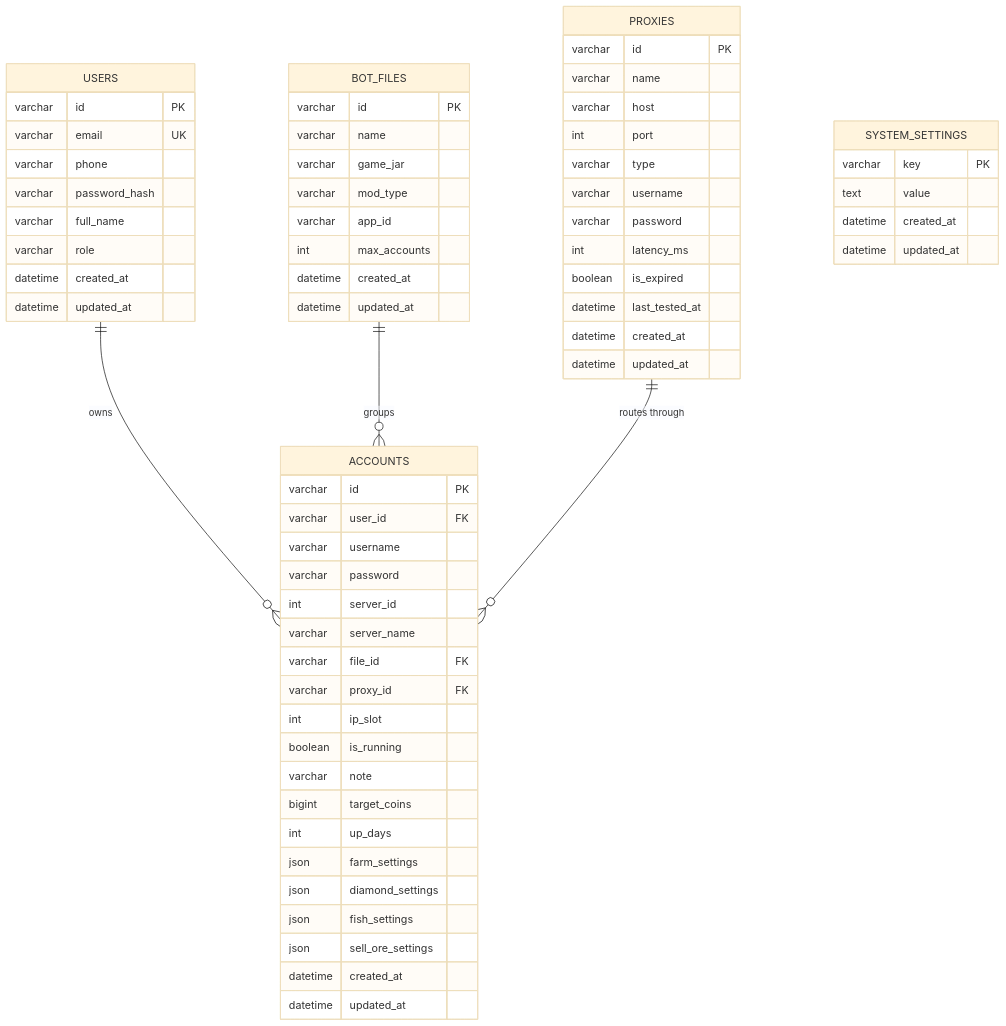
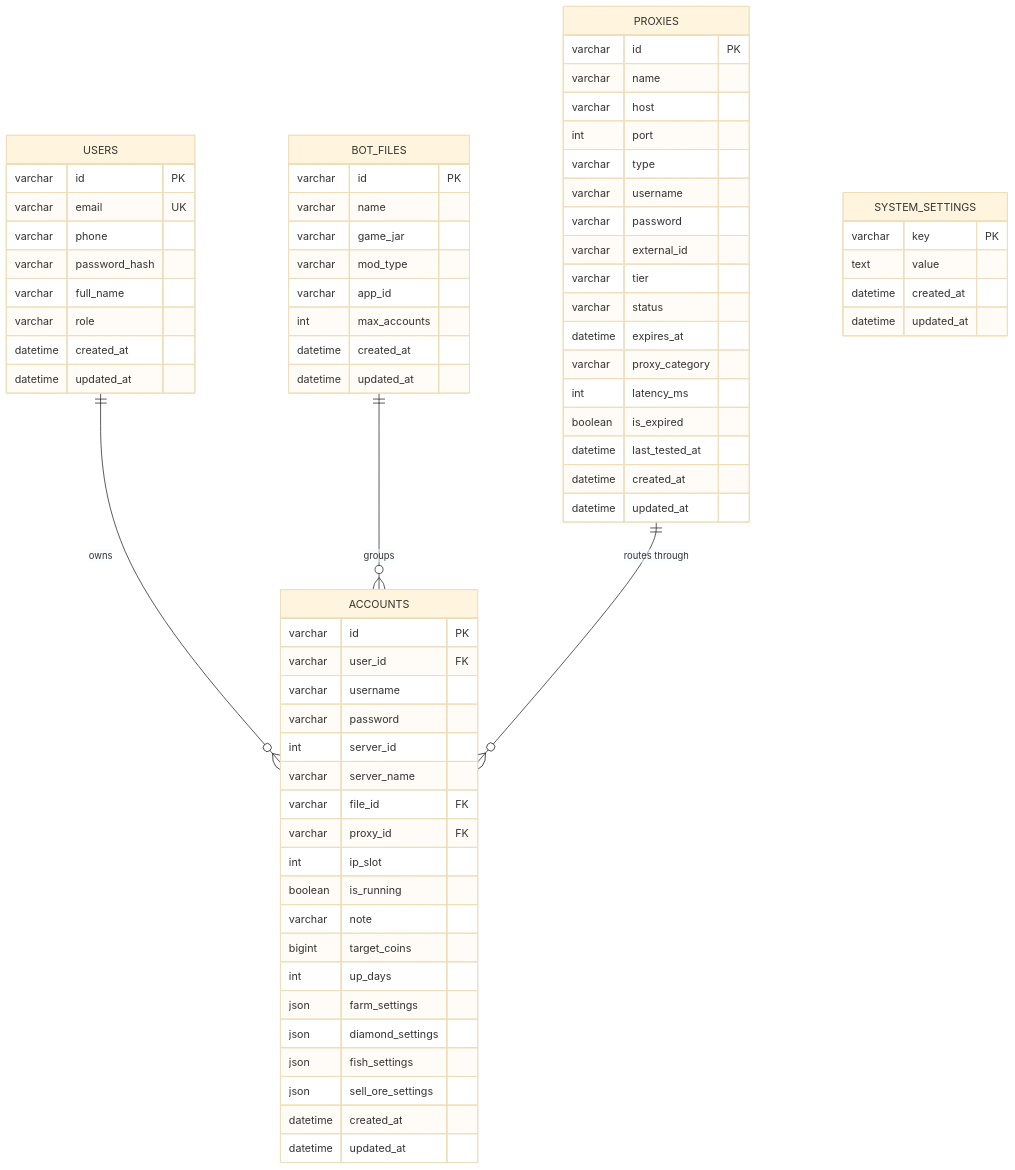
One commit to hoangbmt023/auto-server-manager-avatar2d-angleChip changed the diagram in docs/DATABASE.md. Above: the diagram before and after it, drawn with Mermaid (base theme). The commit also changed other lines of this file and 22 other files, not shown here.

````diff
--- a/docs/DATABASE.md
+++ b/docs/DATABASE.md
@@ -15,72 +15,77 @@
 ```mermaid
 erDiagram
     USERS ||--o{ ACCOUNTS : "owns"
     BOT_FILES ||--o{ ACCOUNTS : "groups"
     PROXIES ||--o{ ACCOUNTS : "routes through"
 
     USERS {
         varchar id PK
         varchar email UK
         varchar phone
         varchar password_hash
         varchar full_name
         varchar role
         datetime created_at
         datetime updated_at
     }
 
     BOT_FILES {
         varchar id PK
         varchar name
         varchar game_jar
         varchar mod_type
         varchar app_id
         int max_accounts
         datetime created_at
         datetime updated_at
     }
 
     PROXIES {
         varchar id PK
         varchar name
         varchar host
         int port
         varchar type
         varchar username
         varchar password
+        varchar external_id
+        varchar tier
+        varchar status
+        datetime expires_at
+        varchar proxy_category
         int latency_ms
         boolean is_expired
         datetime last_tested_at
         datetime created_at
         datetime updated_at
     }
 
     ACCOUNTS {
         varchar id PK
         varchar user_id FK
         varchar username
         varchar password
         int server_id
         varchar server_name
         varchar file_id FK
         varchar proxy_id FK
         int ip_slot
         boolean is_running
         varchar note
         bigint target_coins
         int up_days
         json farm_settings
         json diamond_settings
         json fish_settings
         json sell_ore_settings
         datetime created_at
         datetime updated_at
     }
 
     SYSTEM_SETTINGS {
         varchar key PK
         text value
         datetime created_at
         datetime updated_at
     }
 ```
````
